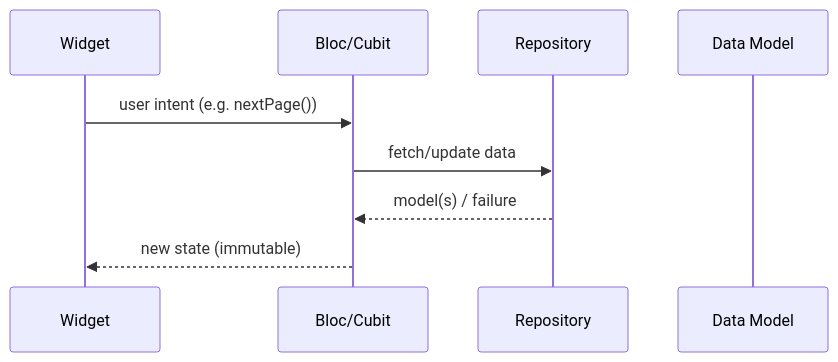
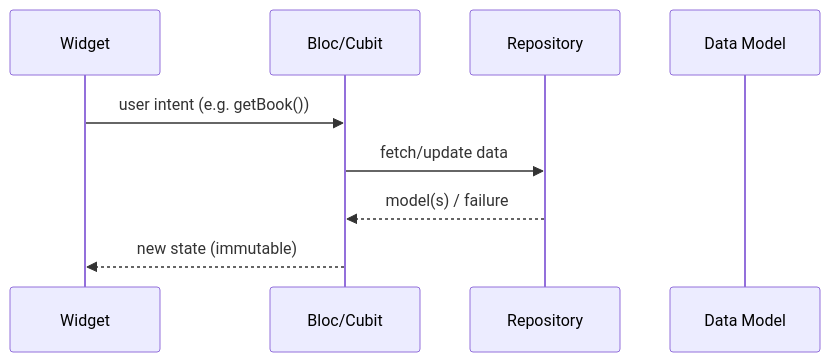
The second of 2 diagrams in README.md (fuzzzer/lesa-test), drawn with Mermaid before and after one commit.

````diff
--- a/README.md
+++ b/README.md
@@ -57,11 +57,11 @@
 ```mermaid
 sequenceDiagram
   participant UI as Widget
   participant Bloc as Bloc/Cubit
   participant Repo as Repository
   participant Model as Data Model
-  UI->>Bloc: user intent (e.g. nextPage())
+  UI->>Bloc: user intent (e.g. getBook())
   Bloc->>Repo: fetch/update data
   Repo-->>Bloc: model(s) / failure
   Bloc-->>UI: new state (immutable)
 ```
````
